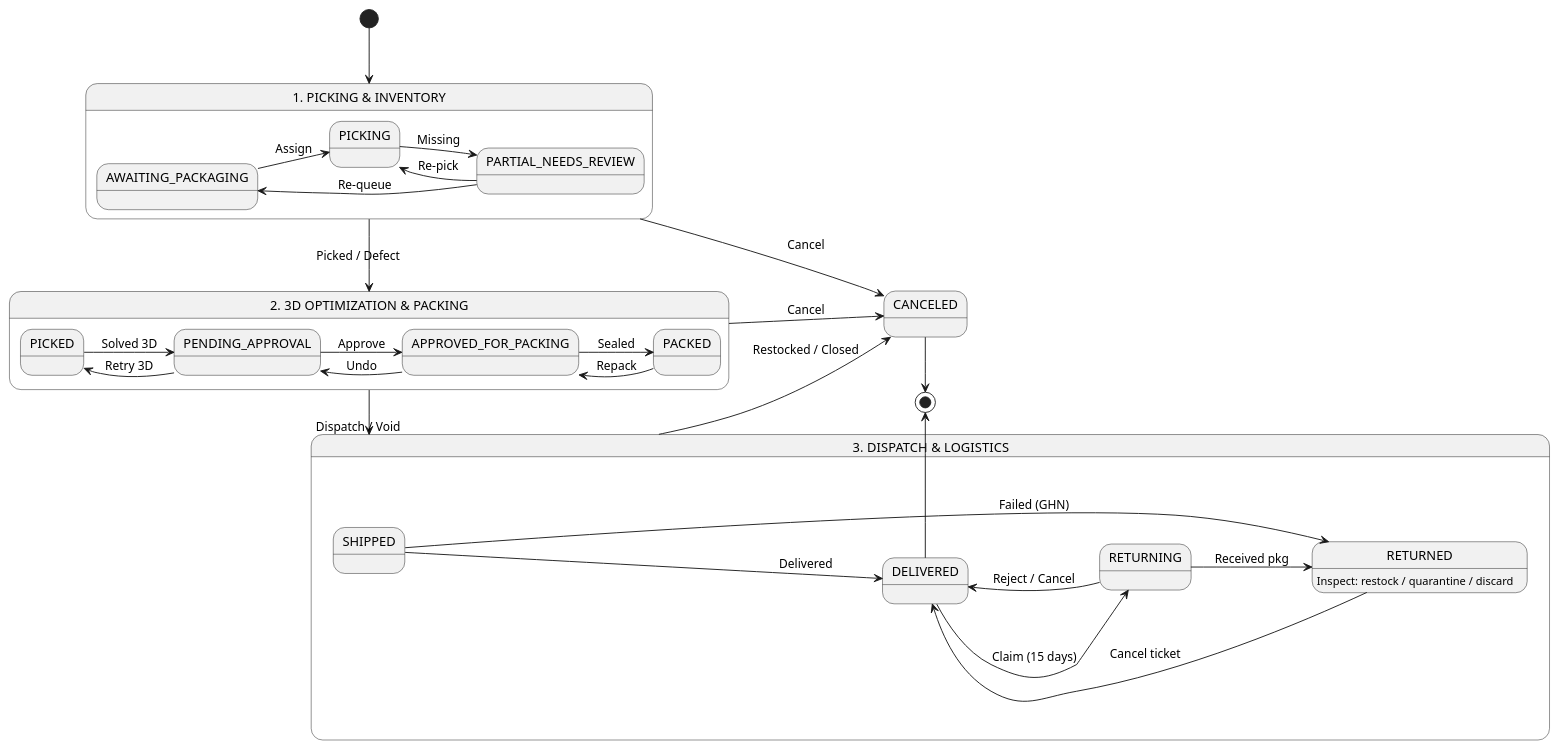
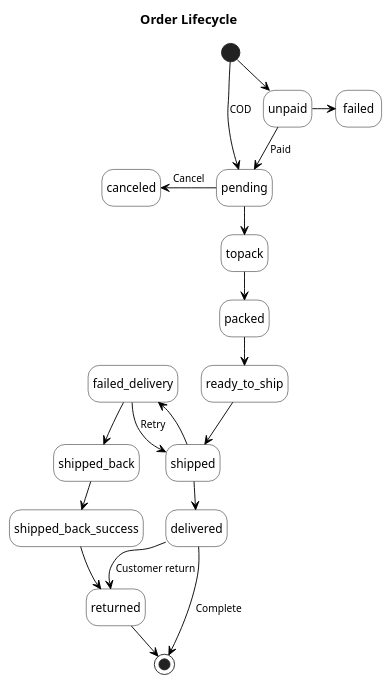
Before and after one commit to ThuaanNguyeen111/OptiPackAI: the diagram in docs/diagrams/state/state_diagram.puml, drawn with PlantUML. The commit also changed 5 other files, not shown here.

Commit message:
docs(AOFP-223): refresh architecture and state diagrams

```diff
--- a/docs/diagrams/state/state_diagram.puml
+++ b/docs/diagrams/state/state_diagram.puml
@@ -1,54 +1,58 @@
-@startuml
-left to right direction
+@startuml state_diagram
+' Source of truth: be/src/modules/orders/enums/order-status.enum.ts
+' Sync and mapping: be/src/modules/orders/orders.service.ts (syncShopOrders)
+'                   be/src/modules/orders/mappers/lazada-order.mapper.ts
+'                   be/src/modules/storefront/aurelle-open-api.mapper.ts (toOpenApiStatus)
+' Seller cancellation: be/src/modules/order-groups/order-groups.service.ts (sellerCancelOrder)
+' Presentation overview: TO_SHIP and logistics incident states are omitted.
+top to bottom direction
 
-skinparam nodesep 60
-skinparam ranksep 50
+title Order Lifecycle
 
-[*] -right-> WAREHOUSE_PICKING
+skinparam defaultFontName Arial
+skinparam defaultFontSize 13
+skinparam ArrowFontSize 11
+skinparam shadowing false
+skinparam nodesep 25
+skinparam ranksep 30
+skinparam ArrowColor Black
+skinparam stateBorderColor Black
+skinparam stateBackgroundColor White
+hide empty description
 
-state "1. PICKING & INVENTORY" as WAREHOUSE_PICKING {
-    AWAITING_PACKAGING -down-> PICKING : Assign
-    PICKING -down-> PARTIAL_NEEDS_REVIEW : Missing
-    
-    PARTIAL_NEEDS_REVIEW -up-> PICKING : Re-pick
-    PARTIAL_NEEDS_REVIEW -up-> AWAITING_PACKAGING : Re-queue
-}
+state "unpaid" as UNPAID
+state "pending" as PENDING
+state "topack" as TO_PACK
+state "packed" as PACKED
+state "ready_to_ship" as READY_TO_SHIP
+state "shipped" as SHIPPED
+state "delivered" as DELIVERED
+state "failed_delivery" as FAILED_DELIVERY
+state "shipped_back" as SHIPPED_BACK
+state "shipped_back_success" as SHIPPED_BACK_SUCCESS
+state "returned" as RETURNED
+state "canceled" as CANCELED
+state "failed" as FAILED
 
-state "2. 3D OPTIMIZATION & PACKING" as PACKING_EXECUTION {
-    PICKED -down-> PENDING_APPROVAL : Solved 3D
-    PENDING_APPROVAL -down-> APPROVED_FOR_PACKING : Approve
-    APPROVED_FOR_PACKING -down-> PACKED : Sealed
-    
-    PENDING_APPROVAL -up-> PICKED : Retry 3D
-    APPROVED_FOR_PACKING -up-> PENDING_APPROVAL : Undo
-    PACKED -up-> APPROVED_FOR_PACKING : Repack
-}
+[*] --> UNPAID
+[*] --> PENDING : COD
+UNPAID -down-> PENDING : Paid
+PENDING -down-> TO_PACK
+TO_PACK -down-> PACKED
+PACKED -down-> READY_TO_SHIP
+READY_TO_SHIP -down-> SHIPPED
+SHIPPED -down-> DELIVERED
+DELIVERED --> [*] : Complete
 
-state "3. DISPATCH & LOGISTICS" as LOGISTICS_RETURNS {
-    SHIPPED -down-> DELIVERED : Delivered
-    
-    ' Failed delivery return (WF-04)
-    SHIPPED -down-> RETURNED : Failed (GHN)
-    
-    ' Customer return & exchange (WF-05)
-    DELIVERED -down-> RETURNING : Claim (15 days)
-    RETURNING -up-> DELIVERED : Reject / Cancel
-    RETURNING -down-> RETURNED : Received pkg
-    
-    ' Inspection & Ticket cancellation
-    RETURNED -up-> DELIVERED : Cancel ticket
-    RETURNED : Inspect: restock / quarantine / discard
-}
+PENDING -left-> CANCELED : Cancel
+UNPAID -right-> FAILED
 
-' Inter-frame connections (Left to Right)
-WAREHOUSE_PICKING -right-> PACKING_EXECUTION : Picked / Defect
-PACKING_EXECUTION -right-> LOGISTICS_RETURNS : Dispatch / Void
+SHIPPED -left-> FAILED_DELIVERY
+FAILED_DELIVERY --> SHIPPED : Retry
+FAILED_DELIVERY -down-> SHIPPED_BACK
+SHIPPED_BACK -down-> SHIPPED_BACK_SUCCESS
+SHIPPED_BACK_SUCCESS --> RETURNED
+DELIVERED --> RETURNED : Customer return
+RETURNED --> [*]
 
-' Termination paths
-WAREHOUSE_PICKING -down-> CANCELED : Cancel
-PACKING_EXECUTION -down-> CANCELED : Cancel
-LOGISTICS_RETURNS -down-> CANCELED : Restocked / Closed
-
-DELIVERED -right-> [*]
-CANCELED -right-> [*]
 @enduml
```
